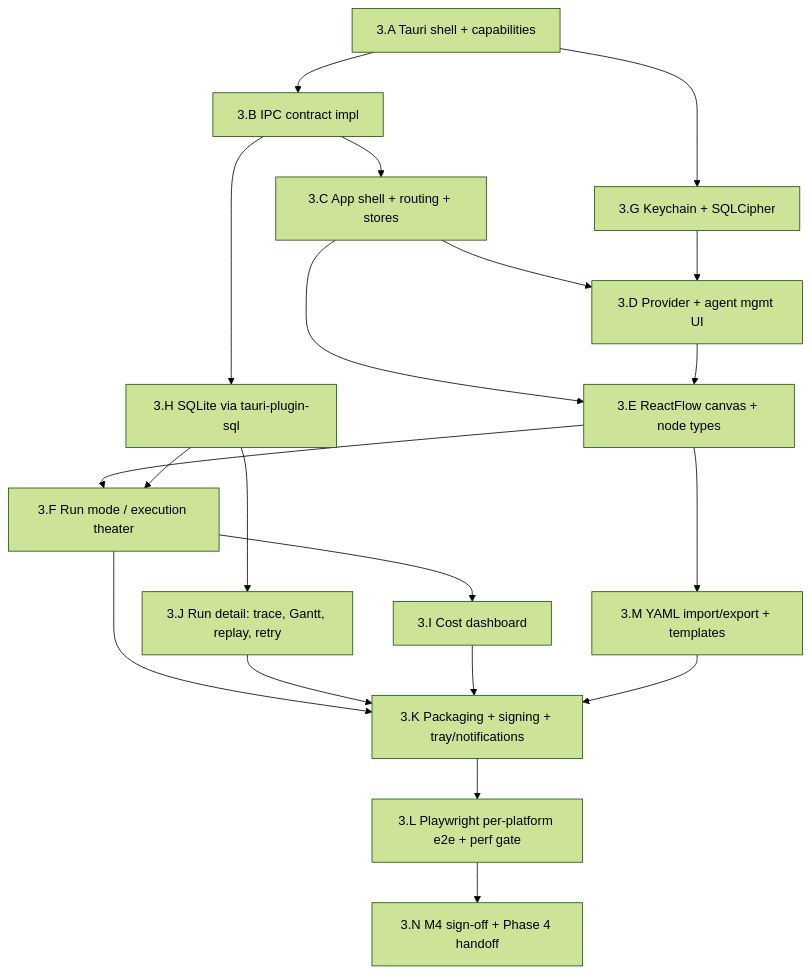
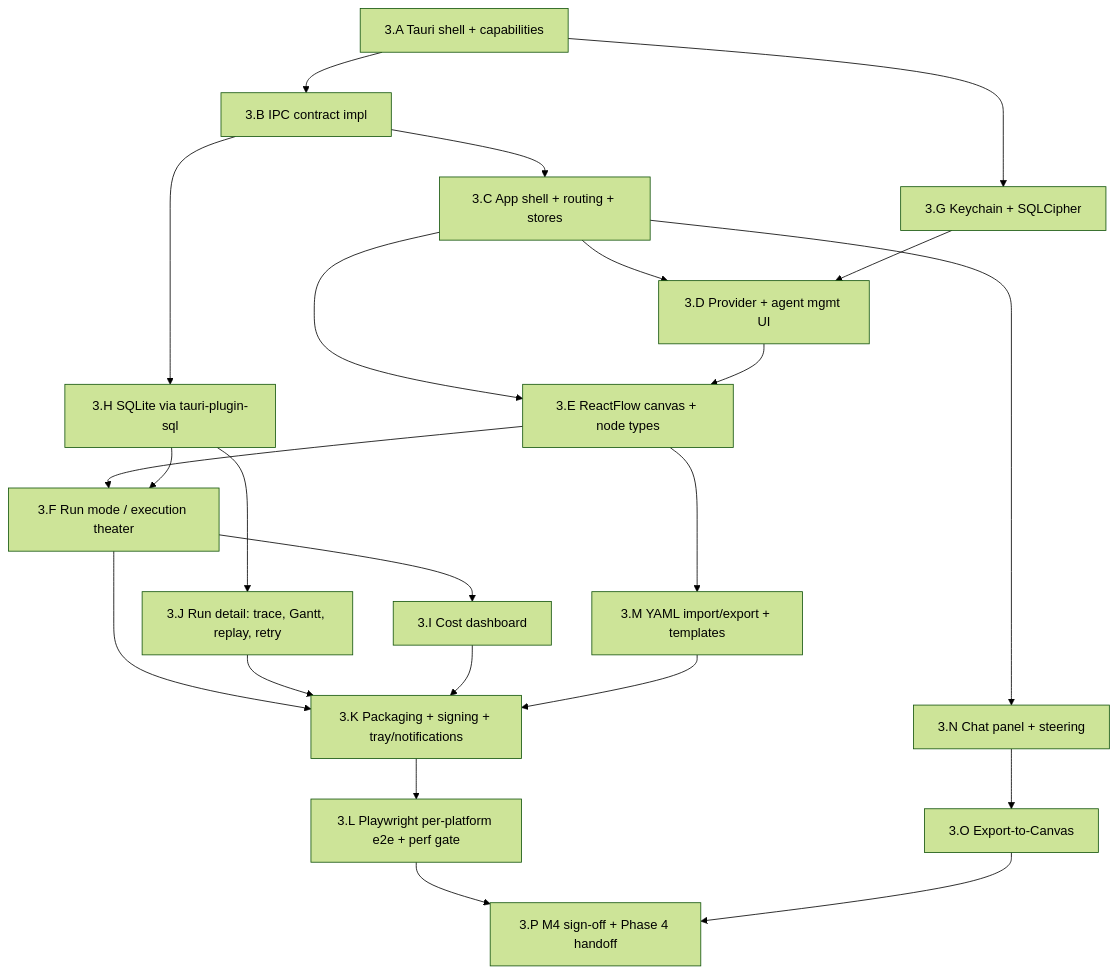
Before and after one commit to HodeTech/Relavium: the diagram in docs/roadmap/phases/phase-3-desktop.md, drawn with Mermaid (forest theme). The commit also changed other lines of this file and 6 other files, not shown here.

First line of the commit message:
docs(roadmap): pivot + hardening workstreams; phase-3 renumber; fix M1/M2 spine inversion

````diff
--- a/docs/roadmap/phases/phase-3-desktop.md
+++ b/docs/roadmap/phases/phase-3-desktop.md
@@ -109,22 +109,25 @@
 ```mermaid
 flowchart TD
   A[3.A Tauri shell + capabilities] --> B[3.B IPC contract impl]
   A --> G[3.G Keychain + SQLCipher]
   B --> C[3.C App shell + routing + stores]
   B --> H[3.H SQLite via tauri-plugin-sql]
   C --> D[3.D Provider + agent mgmt UI]
   G --> D
   C --> E[3.E ReactFlow canvas + node types]
   D --> E
   E --> F[3.F Run mode / execution theater]
   H --> F
   F --> I[3.I Cost dashboard]
   H --> J[3.J Run detail: trace, Gantt, replay, retry]
   E --> M[3.M YAML import/export + templates]
   F --> K[3.K Packaging + signing + tray/notifications]
   J --> K
   I --> K
   M --> K
   K --> L[3.L Playwright per-platform e2e + perf gate]
-  L --> N[3.N M4 sign-off + Phase 4 handoff]
+  L --> P[3.P M4 sign-off + Phase 4 handoff]
+  C --> CN[3.N Chat panel + steering]
+  CN --> CX[3.O Export-to-Canvas]
+  CX --> P
 ```
````
